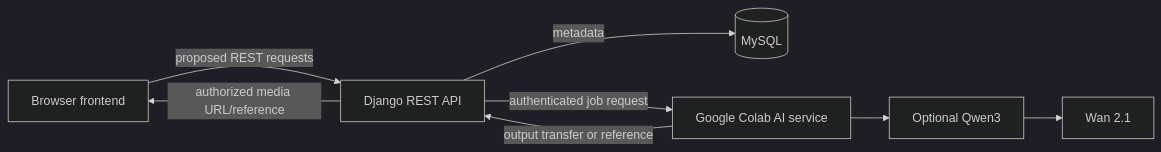
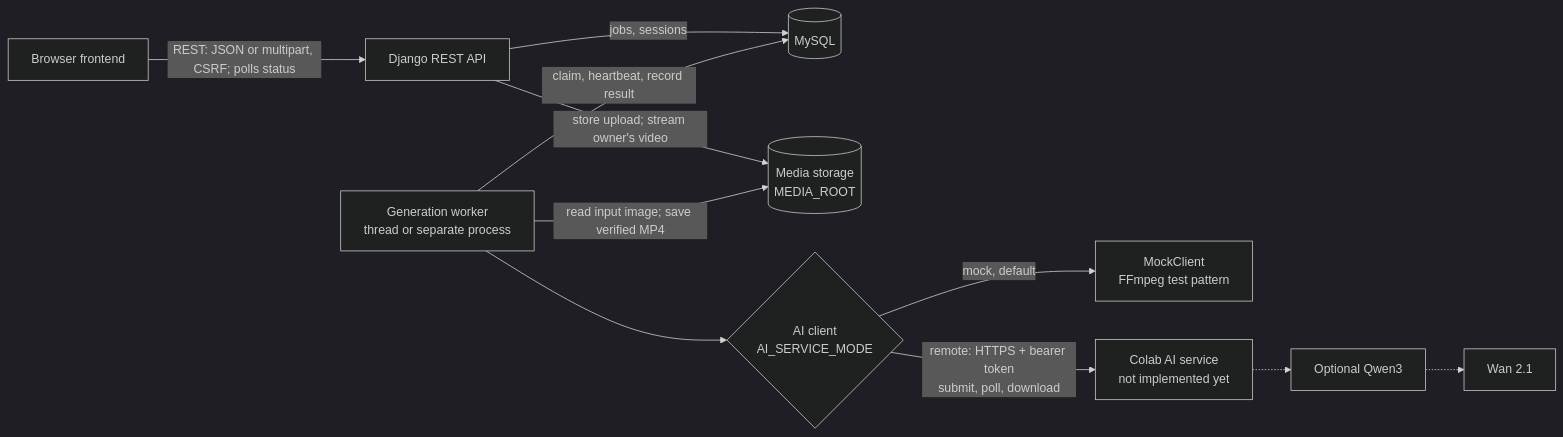
Before and after one commit to Shasivardhan133/AI-Video-Generation: the diagram in docs/architecture.md, drawn with Mermaid (dark theme). The commit also changed other lines of this file and 75 other files, not shown here.

Commit message:
Initial upload: Geetha AI Video Generation project

````diff
--- a/docs/architecture.md
+++ b/docs/architecture.md
@@ -62,10 +150,13 @@
 ```mermaid
 flowchart LR
-    Browser[Browser frontend] -->|proposed REST requests| API[Django REST API]
-    API -->|metadata| DB[(MySQL)]
-    API -->|authenticated job request| AI[Google Colab AI service]
-    AI --> Q[Optional Qwen3]
-    Q --> W[Wan 2.1]
-    AI -->|output transfer or reference| API
-    API -->|authorized media URL/reference| Browser
+    Browser[Browser frontend] -->|REST: JSON or multipart, CSRF; polls status| API[Django REST API]
+    API -->|jobs, sessions| DB[(MySQL)]
+    API -->|store upload; stream owner's video| Media[(Media storage<br/>MEDIA_ROOT)]
+    Worker[Generation worker<br/>thread or separate process] -->|claim, heartbeat, record result| DB
+    Worker -->|read input image; save verified MP4| Media
+    Worker --> Client{AI client<br/>AI_SERVICE_MODE}
+    Client -->|mock, default| Mock[MockClient<br/>FFmpeg test pattern]
+    Client -->|remote: HTTPS + bearer token<br/>submit, poll, download| AI[Colab AI service<br/>not implemented yet]
+    AI -.-> Q[Optional Qwen3]
+    Q -.-> W[Wan 2.1]
 ```
````
